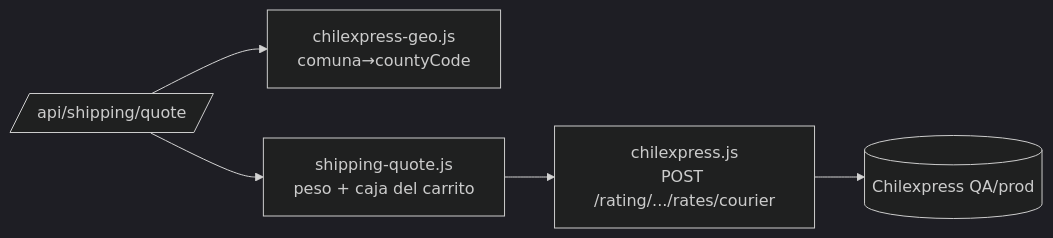
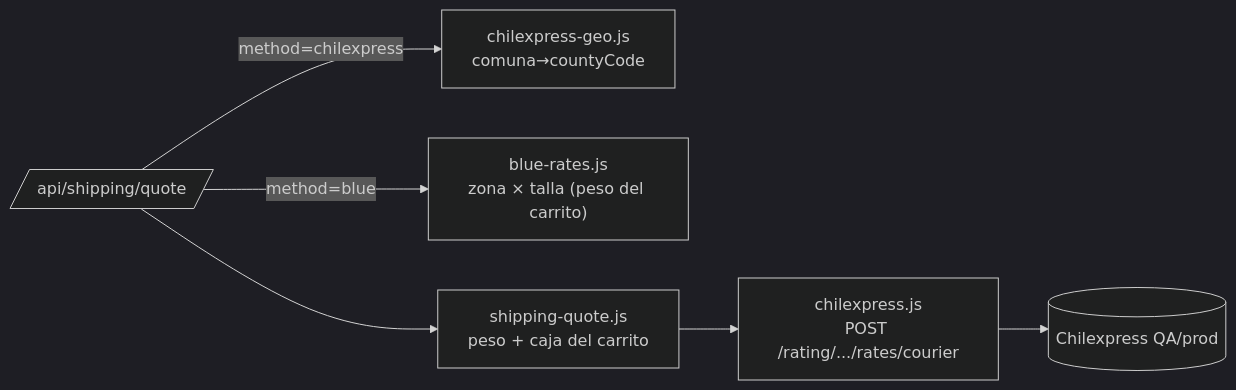
Before and after one commit to pauloski/black-cuack-studio: the fifth of 5 diagrams in ARCHITECTURE.md, drawn with Mermaid (dark theme). The commit also changed other lines of this file and 6 other files, not shown here.

````diff
--- a/ARCHITECTURE.md
+++ b/ARCHITECTURE.md
@@ -356,7 +397,8 @@
 ```mermaid
 flowchart LR
-  Q[/api/shipping/quote/] --> G["chilexpress-geo.js<br/>comuna→countyCode"]
+  Q[/api/shipping/quote/] -->|method=chilexpress| G["chilexpress-geo.js<br/>comuna→countyCode"]
+  Q -->|method=blue| BR["blue-rates.js<br/>zona × talla (peso del carrito)"]
   Q --> W["shipping-quote.js<br/>peso + caja del carrito"]
   W --> R["chilexpress.js<br/>POST /rating/.../rates/courier"]
   R --> CHX[(Chilexpress QA/prod)]
 ```
````
